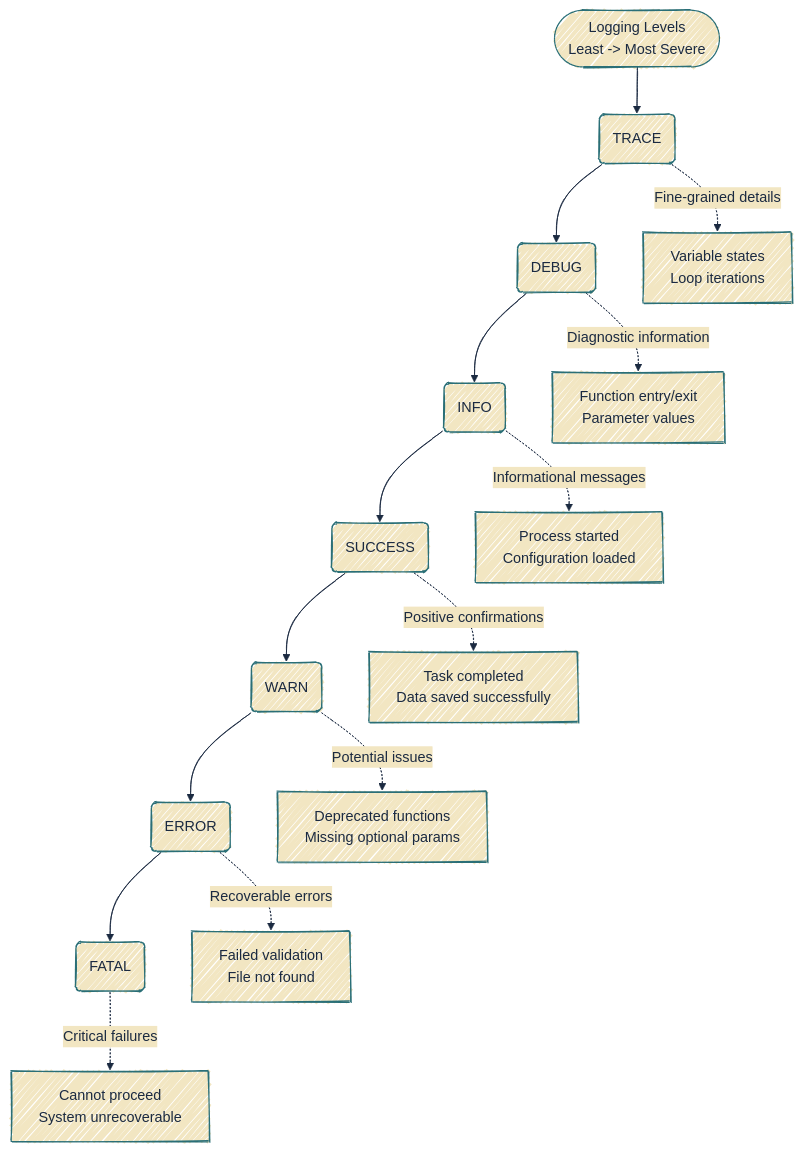
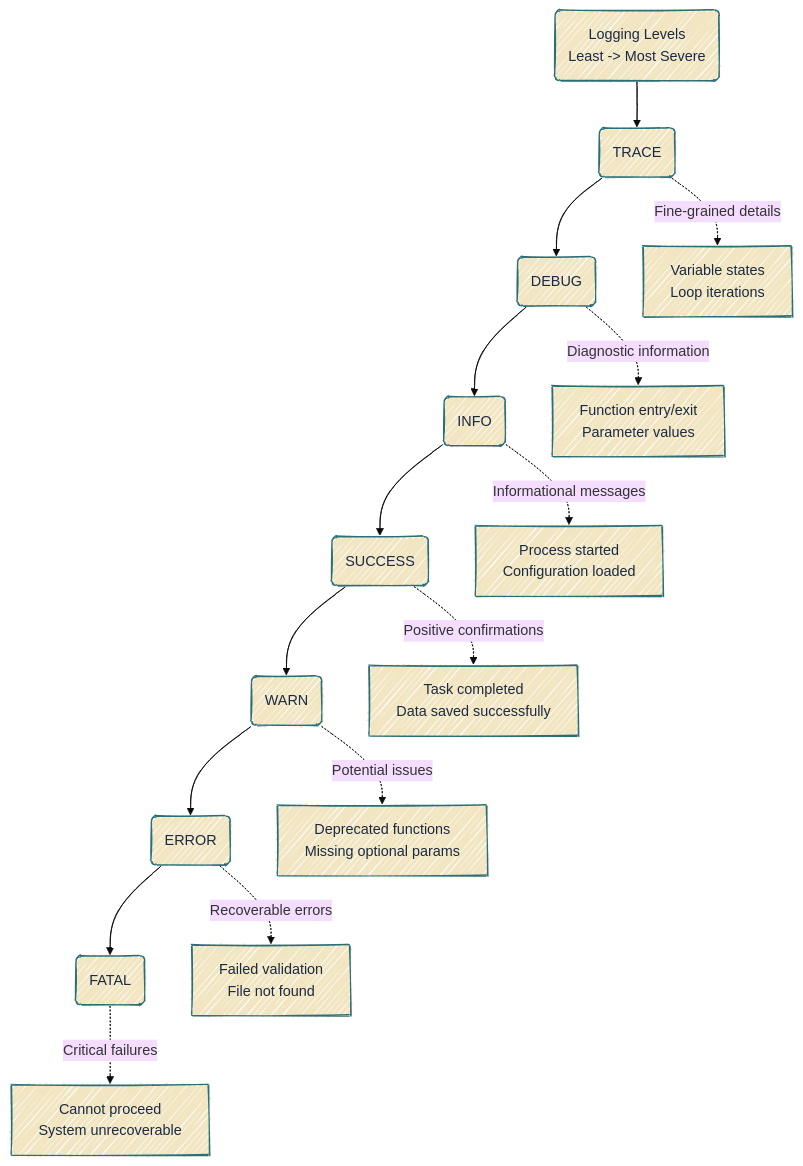
One commit to mjfrigaard/do4ds-labs changed the second of 4 diagrams in lab04.qmd. Above: the diagram before and after it, drawn with Mermaid. The commit also changed other lines of this file and 37 other files, not shown here.

Commit message:
updates to mermaid

````diff
--- a/lab04.qmd
+++ b/lab04.qmd
@@ -166,25 +167,26 @@
 ```{mermaid}
 %%| fig-cap: 'R logger'
 %%| fig-align: center
 %%| fig-width: 6.5
-%%{init: {'theme': 'base', 'look': 'handDrawn', 'themeVariables': { 'fontFamily': 'monospace', 'primaryColor': '#F2E6C2', 'primaryBorderColor': '#2A6F77', 'primaryTextColor': '#1B2A41', 'secondaryColor': '#d4e7e4', 'tertiaryColor': '#f5f0e4', 'lineColor': '#1B2A41', 'edgeLabelBackground': '#F2E6C2'}}}%%
+%%{init: {'theme': 'base', 'look': 'handDrawn', 'themeVariables': {'fontFamily': 'monospace'}}}%%
 
 graph TD
-    LogLevels(["Logging Levels<br/>Least -> Most Severe"]) --> TRACE("TRACE")
+    LogLevels("Logging Levels<br>Least -> Most Severe") --> TRACE("TRACE")
     TRACE --> DEBUG("DEBUG")
     DEBUG --> INFO("INFO")
     INFO --> SUCCESS("SUCCESS")
     SUCCESS --> WARN("WARN")
     WARN --> ERROR("ERROR")
     ERROR --> FATAL("FATAL")
     
-    TRACE -.Fine-grained details.-> TraceEx[Variable states<br/>Loop iterations]
-    DEBUG -.Diagnostic information.-> DebugEx[Function entry/exit<br/>Parameter values]
-    INFO -.Informational messages.-> InfoEx[Process started<br/>Configuration loaded]
-    SUCCESS -.Positive confirmations.-> SuccessEx[Task completed<br/>Data saved successfully]
-    WARN -.Potential issues.-> WarnEx[Deprecated functions<br/>Missing optional params]
-    ERROR -.Recoverable errors.-> ErrorEx[Failed validation<br/>File not found]
-    FATAL -.Critical failures.-> FatalEx[Cannot proceed<br/>System unrecoverable]
+    TRACE -.Fine-grained details.-> TraceEx[Variable states<br>Loop iterations]
+    DEBUG -.Diagnostic information.-> DebugEx[Function entry/exit<br>Parameter values]
+    INFO -.Informational messages.-> InfoEx[Process started<br>Configuration loaded]
+    SUCCESS -.Positive confirmations.-> SuccessEx[Task completed<br>Data saved successfully]
+    WARN -.Potential issues.-> WarnEx[Deprecated functions<br>Missing optional params]
+    ERROR -.Recoverable errors.-> ErrorEx[Failed validation<br>File not found]
+    FATAL -.Critical failures.-> FatalEx[Cannot proceed<br>System unrecoverable]
+    classDef default fill:#F2E6C2,stroke:#2A6F77,color:#1B2A41
     
 
 ```
````
